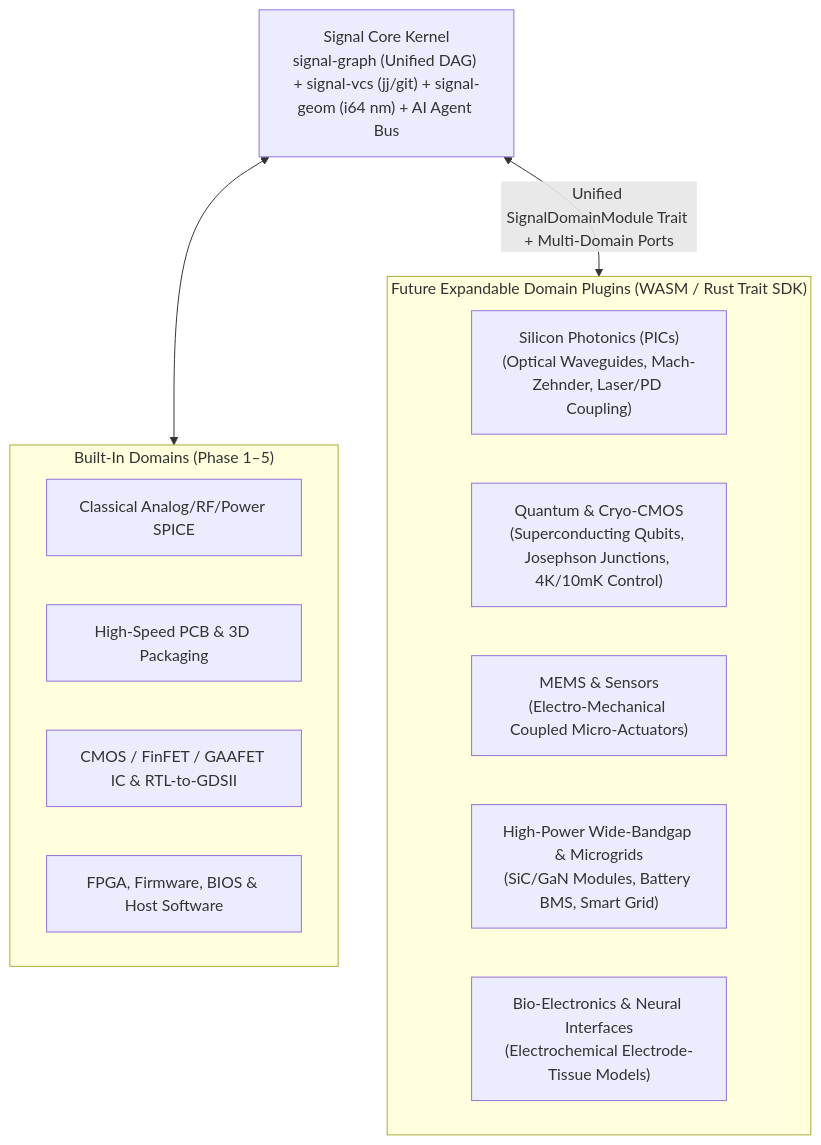
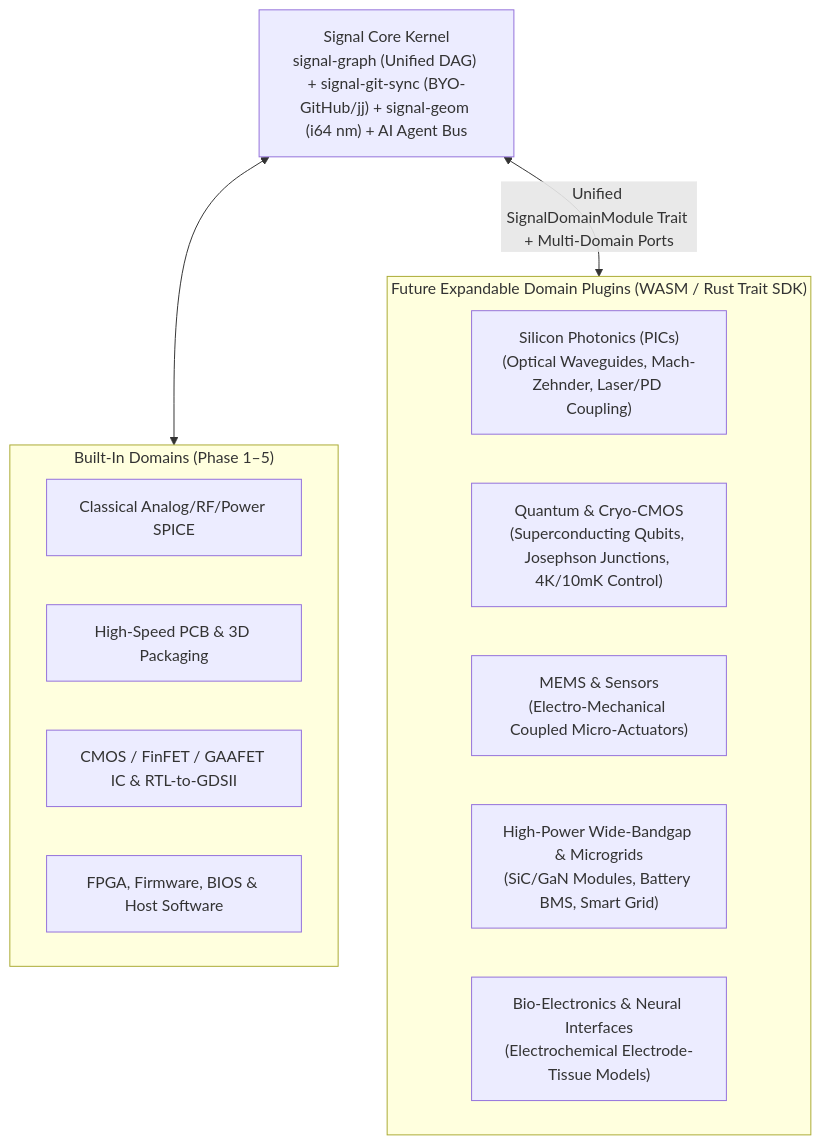
The second of 2 diagrams in architecture/14-universal-scale-accessibility-and-expandability.md (the-code-master/signal), drawn with Mermaid before and after one commit. The commit also changed other lines of this file and 13 other files, not shown here.

Commit message:
docs: rewrite VCS architecture to unified Customer-Owned BYO-GitHub Org + Periodic Security Auditor

````diff
--- a/architecture/14-universal-scale-accessibility-and-expandability.md
+++ b/architecture/14-universal-scale-accessibility-and-expandability.md
@@ -87,22 +87,22 @@
 ```mermaid
 flowchart TB
-    Kernel["Signal Core Kernel\nsignal-graph (Unified DAG) + signal-vcs (jj/git) + signal-geom (i64 nm) + AI Agent Bus"]
+    Kernel["Signal Core Kernel\nsignal-graph (Unified DAG) + signal-git-sync (BYO-GitHub/jj) + signal-geom (i64 nm) + AI Agent Bus"]
 
     subgraph Today["Built-In Domains (Phase 1–5)"]
         D1["Classical Analog/RF/Power SPICE"]
         D2["High-Speed PCB & 3D Packaging"]
         D3["CMOS / FinFET / GAAFET IC & RTL-to-GDSII"]
         D4["FPGA, Firmware, BIOS & Host Software"]
     end
 
     subgraph Future["Future Expandable Domain Plugins (WASM / Rust Trait SDK)"]
         F1["Silicon Photonics (PICs)\n(Optical Waveguides, Mach-Zehnder, Laser/PD Coupling)"]
         F2["Quantum & Cryo-CMOS\n(Superconducting Qubits, Josephson Junctions, 4K/10mK Control)"]
         F3["MEMS & Sensors\n(Electro-Mechanical Coupled Micro-Actuators)"]
         F4["High-Power Wide-Bandgap & Microgrids\n(SiC/GaN Modules, Battery BMS, Smart Grid)"]
         F5["Bio-Electronics & Neural Interfaces\n(Electrochemical Electrode-Tissue Models)"]
     end
 
     Kernel <--> Today
     Kernel <-->|"Unified SignalDomainModule Trait + Multi-Domain Ports"| Future
 ```
````
